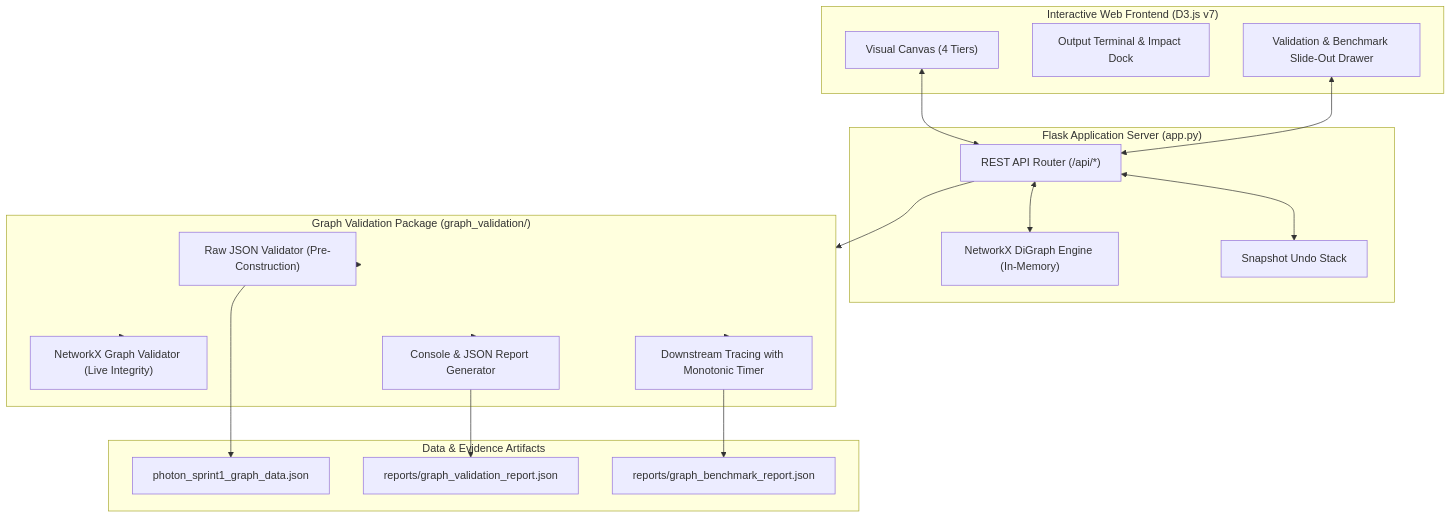
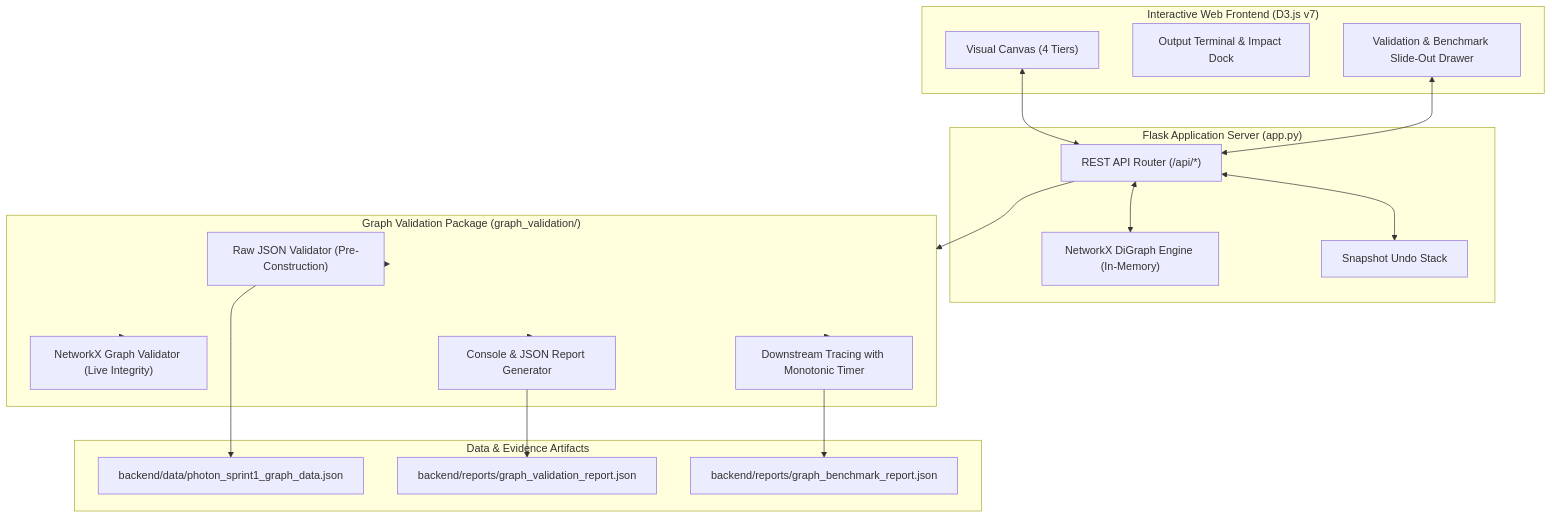
The diagram in README.md (deepsandilya01/EPAM-SPRINTS), drawn with Mermaid before and after one commit. The commit also changed other lines of this file and 175 other files, not shown here.

````diff
--- a/README.md
+++ b/README.md
@@ -26,40 +26,40 @@
 ```mermaid
 flowchart TD
     subgraph Frontend["Interactive Web Frontend (D3.js v7)"]
         UI["Visual Canvas (4 Tiers)"]
         Dock["Output Terminal & Impact Dock"]
         ValPanel["Validation & Benchmark Slide-Out Drawer"]
     end
 
     subgraph Backend["Flask Application Server (app.py)"]
         API["REST API Router (/api/*)"]
         NX["NetworkX DiGraph Engine (In-Memory)"]
         Undo["Snapshot Undo Stack"]
     end
 
     subgraph ValidationPkg["Graph Validation Package (graph_validation/)"]
         RawVal["Raw JSON Validator (Pre-Construction)"]
         GraphVal["NetworkX Graph Validator (Live Integrity)"]
         TraceMetric["Downstream Tracing with Monotonic Timer"]
         ReportGen["Console & JSON Report Generator"]
     end
 
     subgraph Storage["Data & Evidence Artifacts"]
-        JSON["photon_sprint1_graph_data.json"]
-        RepJSON["reports/graph_validation_report.json"]
-        BenchJSON["reports/graph_benchmark_report.json"]
+        JSON["backend/data/photon_sprint1_graph_data.json"]
+        RepJSON["backend/reports/graph_validation_report.json"]
+        BenchJSON["backend/reports/graph_benchmark_report.json"]
     end
 
     UI <--> API
     ValPanel <--> API
     API <--> NX
     API <--> Undo
     API --> ValidationPkg
     ValidationPkg --> RawVal
     ValidationPkg --> GraphVal
     ValidationPkg --> TraceMetric
     ValidationPkg --> ReportGen
     RawVal --> JSON
     ReportGen --> RepJSON
     TraceMetric --> BenchJSON
 ```
````
